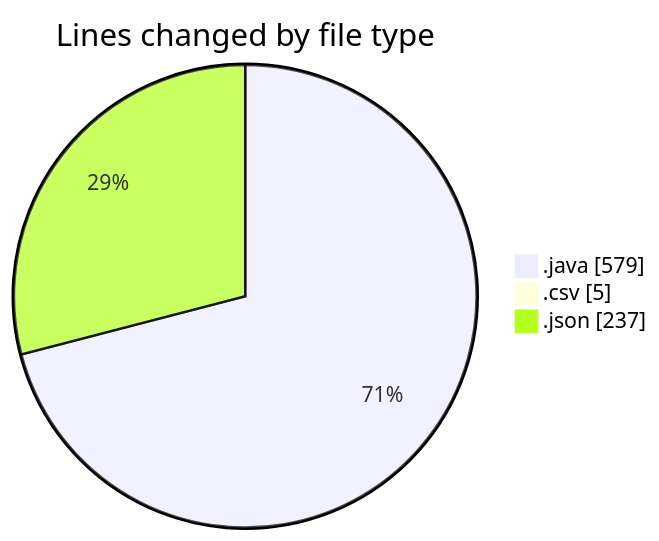
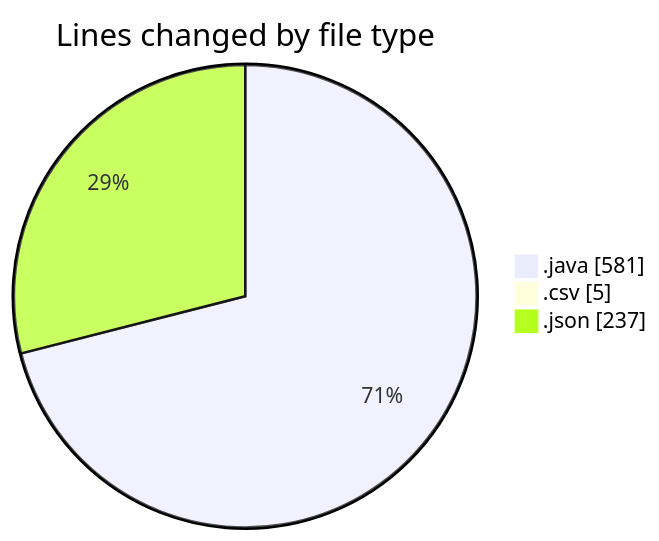
One commit to ricardozamudiocil/code-tracking changed the first of 2 diagrams in 2026-09-10/cilapp/README.md. Above: the diagram before and after it, drawn with Mermaid. The commit also changed other lines of this file and 1 other file, not shown here.

````diff
--- a/2026-09-10/cilapp/README.md
+++ b/2026-09-10/cilapp/README.md
@@ -23,7 +23,7 @@
 ```mermaid
 pie showData
 title Lines changed by file type
-".java" : 579
+".java" : 581
 ".csv" : 5
 ".json" : 237
 ```
````
